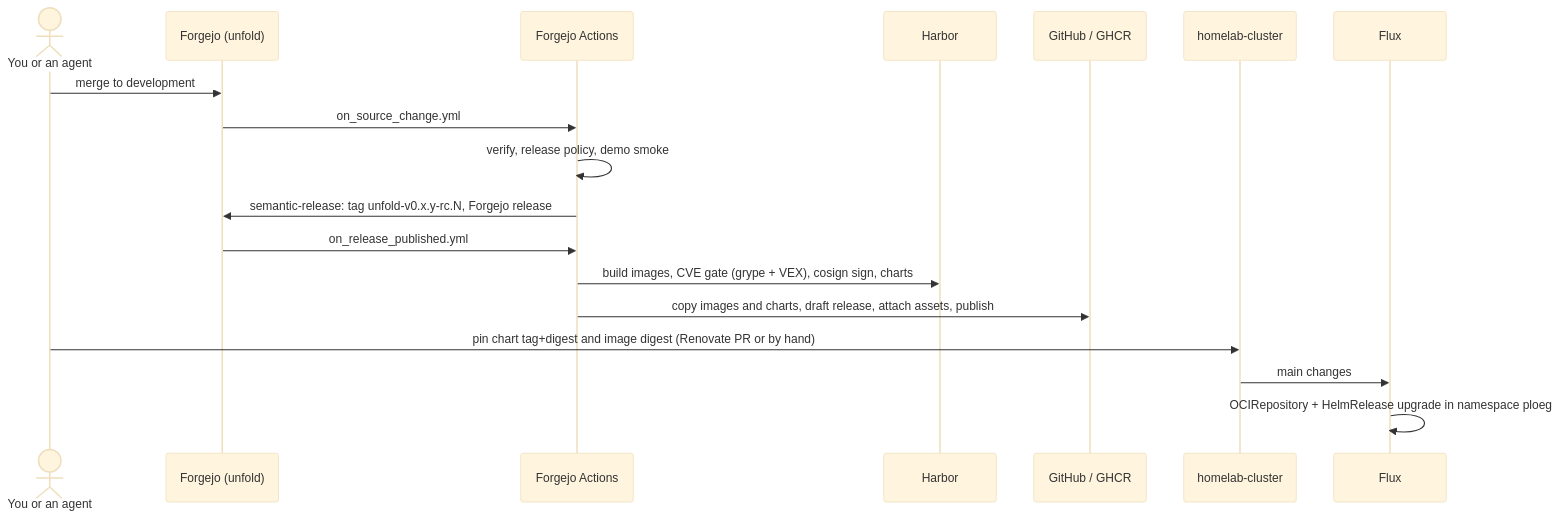
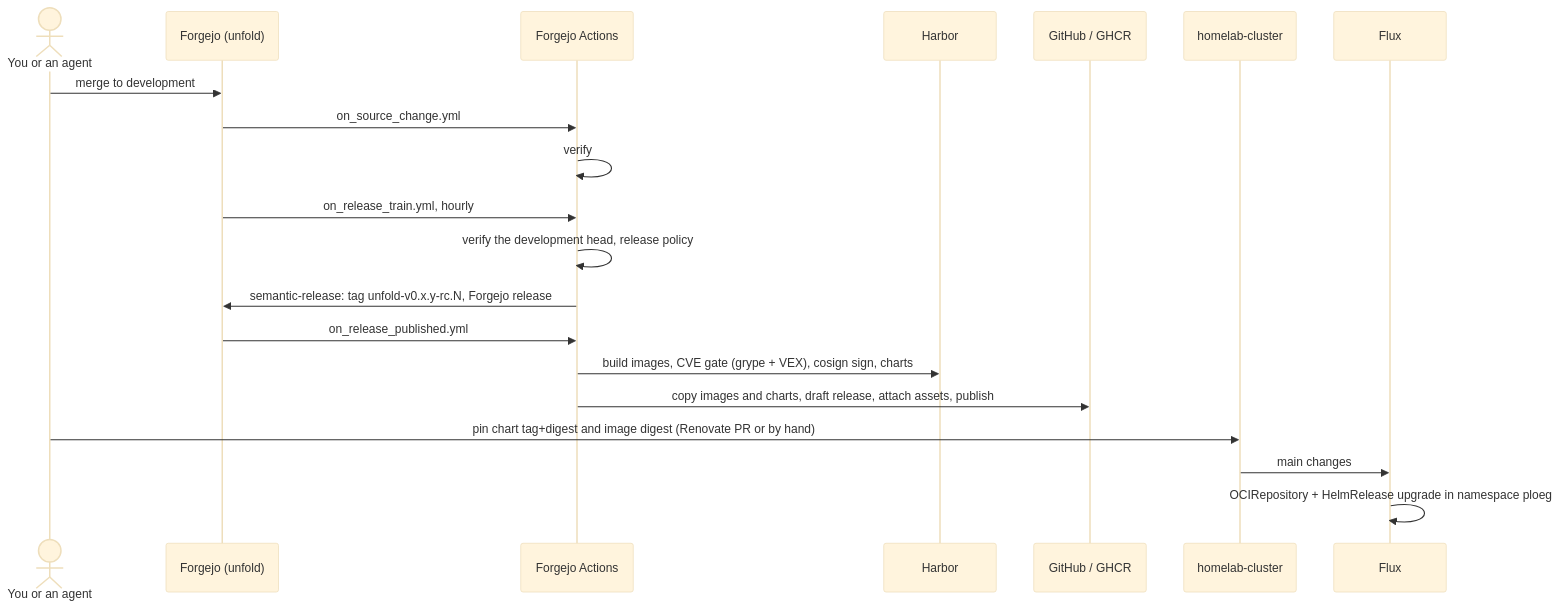
Before and after one commit to webgrip/unfold: the second of 5 diagrams in docs/concepts/journeys.md, drawn with Mermaid (base theme). The commit also changed other lines of this file and 14 other files, not shown here.

First line of the commit message:
ci(release): release Unfold from an hourly train that checks the development head

````diff
--- a/docs/concepts/journeys.md
+++ b/docs/concepts/journeys.md
@@ -70,20 +70,22 @@
 ```mermaid
 sequenceDiagram
     actor Dev as You or an agent
     participant FJ as Forgejo (unfold)
     participant CI as Forgejo Actions
     participant H as Harbor
     participant GH as GitHub / GHCR
     participant HC as homelab-cluster
     participant Flux
     Dev->>FJ: merge to development
     FJ->>CI: on_source_change.yml
-    CI->>CI: verify, release policy, demo smoke
+    CI->>CI: verify
+    FJ->>CI: on_release_train.yml, hourly
+    CI->>CI: verify the development head, release policy
     CI->>FJ: semantic-release: tag unfold-v0.x.y-rc.N, Forgejo release
     FJ->>CI: on_release_published.yml
     CI->>H: build images, CVE gate (grype + VEX), cosign sign, charts
     CI->>GH: copy images and charts, draft release, attach assets, publish
     Dev->>HC: pin chart tag+digest and image digest (Renovate PR or by hand)
     HC->>Flux: main changes
     Flux->>Flux: OCIRepository + HelmRelease upgrade in namespace ploeg
 ```
````
